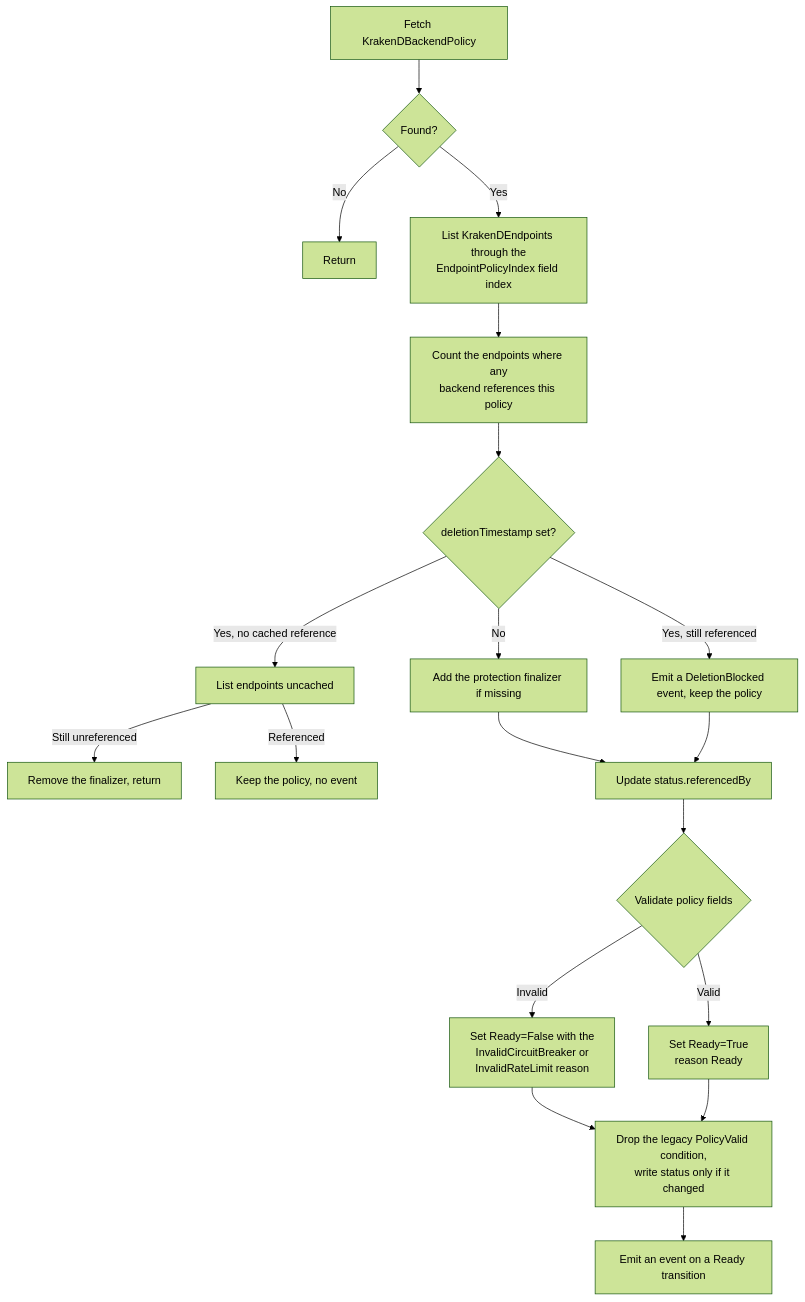
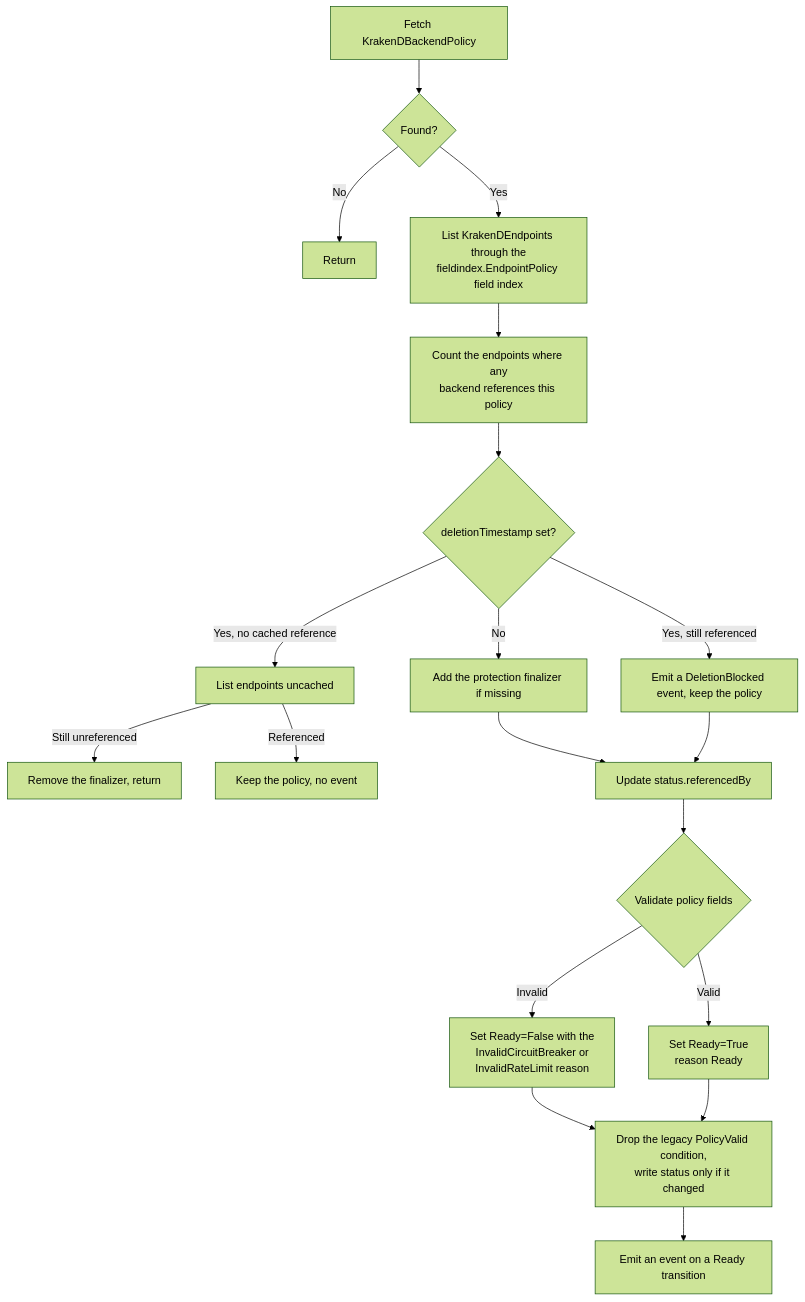
The fifth of 10 diagrams in architecture/application/application-architecture.md (MyCarrier-DevOps/KrakenD-Operator), drawn with Mermaid (forest theme) before and after one commit. The commit also changed other lines of this file, not shown here.

Commit message:
docs(application): name the fieldindex package in the index references

````diff
--- a/architecture/application/application-architecture.md
+++ b/architecture/application/application-architecture.md
@@ -1227,21 +1227,21 @@
 ```mermaid
 flowchart TD
     A[Fetch KrakenDBackendPolicy] --> B{Found?}
     B -->|No| Z[Return]
-    B -->|Yes| C[List KrakenDEndpoints through the<br/>EndpointPolicyIndex field index]
+    B -->|Yes| C[List KrakenDEndpoints through the<br/>fieldindex.EndpointPolicy field index]
     C --> D[Count the endpoints where any<br/>backend references this policy]
     D --> P{deletionTimestamp set?}
     P -->|No| Q[Add the protection finalizer if missing]
     P -->|Yes, still referenced| R[Emit a DeletionBlocked event, keep the policy]
     P -->|Yes, no cached reference| S[List endpoints uncached]
     S -->|Still unreferenced| T[Remove the finalizer, return]
     S -->|Referenced| U[Keep the policy, no event]
     Q --> E[Update status.referencedBy]
     R --> E
     E --> F{Validate policy fields}
     F -->|Invalid| G[Set Ready=False with the<br/>InvalidCircuitBreaker or<br/>InvalidRateLimit reason]
     F -->|Valid| H[Set Ready=True<br/>reason Ready]
     G --> J[Drop the legacy PolicyValid condition,<br/>write status only if it changed]
     H --> J
     J --> K[Emit an event on a Ready transition]
 ```
````
